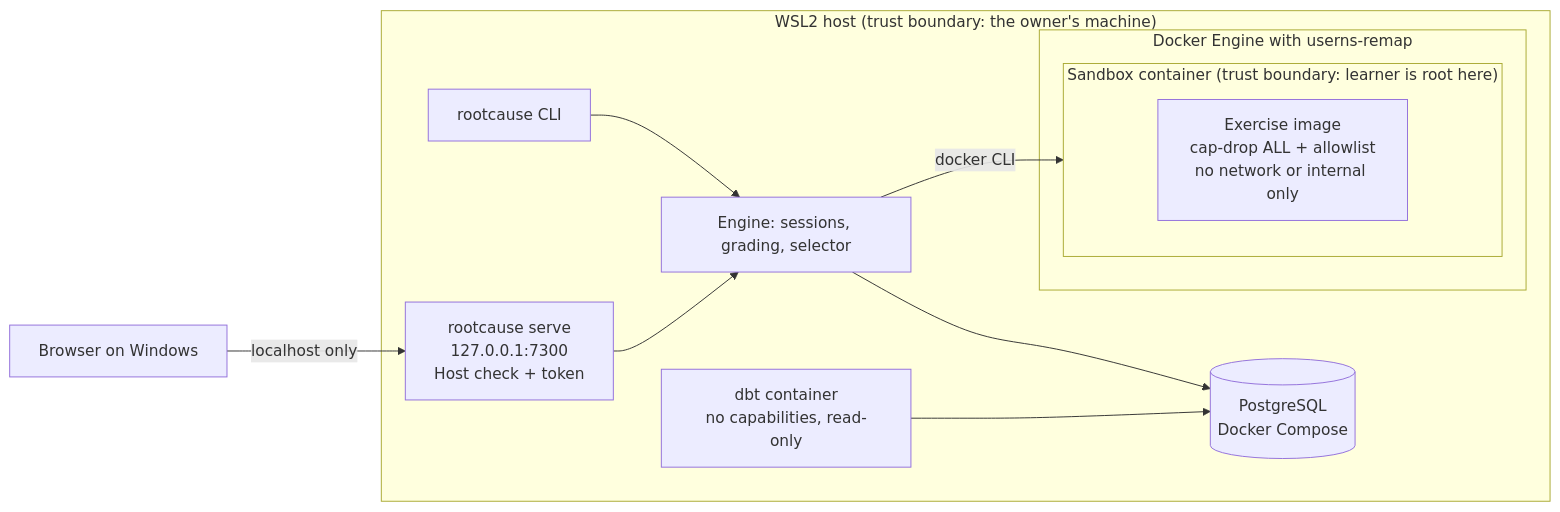
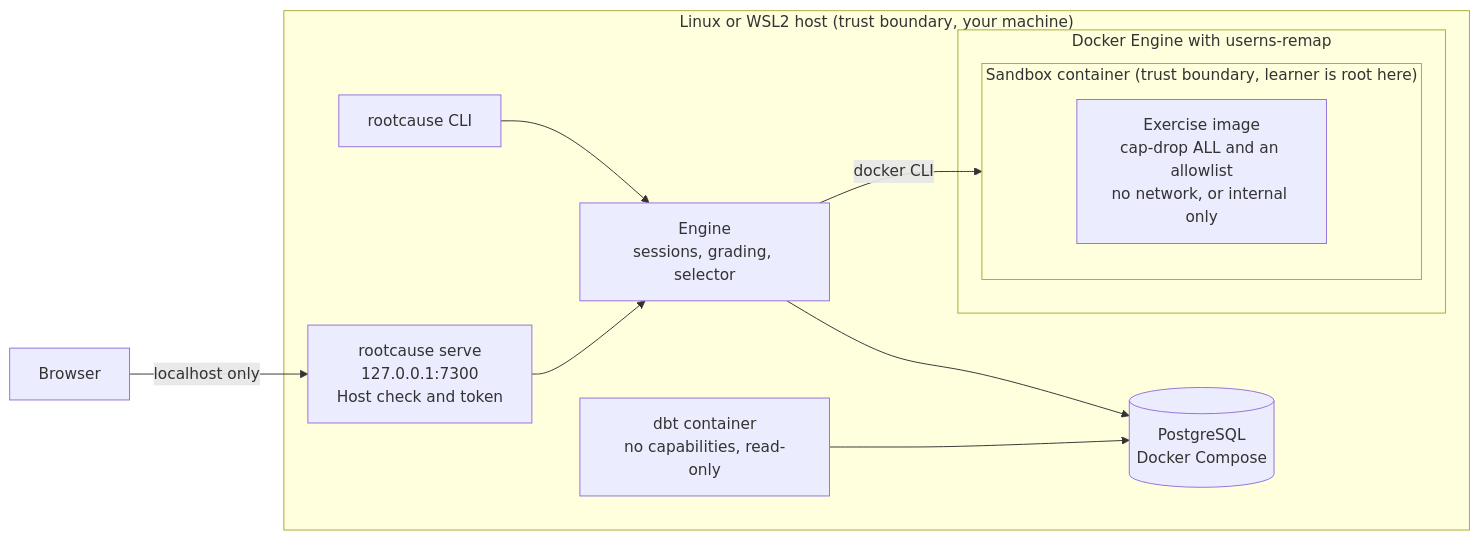
One commit to DIZAMU/RootCause changed the first of 2 diagrams in README.md. Above: the diagram before and after it, drawn with Mermaid. The commit also changed other lines of this file and 135 other files, not shown here.

````diff
--- a/README.md
+++ b/README.md
@@ -15,22 +76,22 @@
 ```mermaid
 flowchart LR
-  browser["Browser on Windows"]
-  subgraph wsl["WSL2 host (trust boundary: the owner's machine)"]
+  browser["Browser"]
+  subgraph host["Linux or WSL2 host (trust boundary, your machine)"]
     cli["rootcause CLI"]
-    serve["rootcause serve<br/>127.0.0.1:7300<br/>Host check + token"]
-    engine["Engine: sessions, grading, selector"]
+    serve["rootcause serve<br/>127.0.0.1:7300<br/>Host check and token"]
+    engine["Engine<br/>sessions, grading, selector"]
     pg[("PostgreSQL<br/>Docker Compose")]
     dbt["dbt container<br/>no capabilities, read-only"]
     subgraph docker["Docker Engine with userns-remap"]
-      subgraph sb["Sandbox container (trust boundary: learner is root here)"]
-        machine["Exercise image<br/>cap-drop ALL + allowlist<br/>no network or internal only"]
+      subgraph sb["Sandbox container (trust boundary, learner is root here)"]
+        machine["Exercise image<br/>cap-drop ALL and an allowlist<br/>no network, or internal only"]
       end
     end
   end
   browser -->|localhost only| serve
   cli --> engine
   serve --> engine
   engine --> pg
   dbt --> pg
   engine -->|docker CLI| sb
 ```
````
